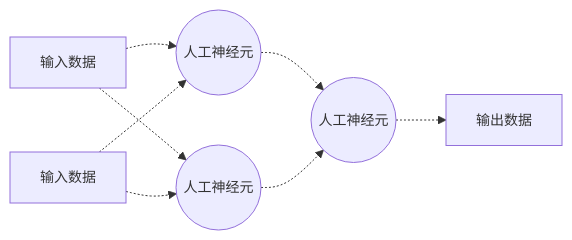
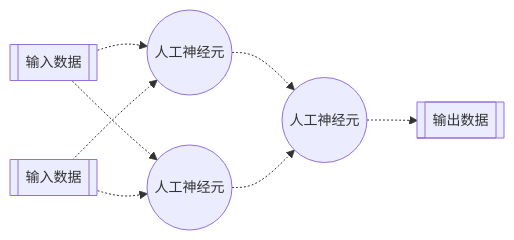
Before and after one commit to li-xiao-guang/teenytinynn: the second of 4 diagrams in edu/01-learn-neural-networks-from-scratch/md/01-artificial-neural-networks/01-五行代码：最简单的人工神经元网络.md, drawn with Mermaid. The commit also changed other lines of this file and 1 other file, not shown here.

````diff
--- a/edu/01-learn-neural-networks-from-scratch/md/01-artificial-neural-networks/01-五行代码：最简单的人工神经元网络.md
+++ b/edu/01-learn-neural-networks-from-scratch/md/01-artificial-neural-networks/01-五行代码：最简单的人工神经元网络.md
@@ -29,17 +29,17 @@
 ```mermaid
 %%{init: { "themeVariables": { "fontSize": "14px" } } }%%
 graph LR
   %% 定义人工神经元
-  i1[输入数据]
-  i2[输入数据]
+  i1[[输入数据]]
+  i2[[输入数据]]
   n1((人工神经元))
   n2((人工神经元))
   n3((人工神经元))
-  o[输出数据]
+  o[[输出数据]]
   
   %% 连接示意
   i1 -.-> n1 -.-> n3 -.-> o
   i1 -.-> n2 -.-> n3
   i2 -.-> n1
   i2 -.-> n2
 ```
````
